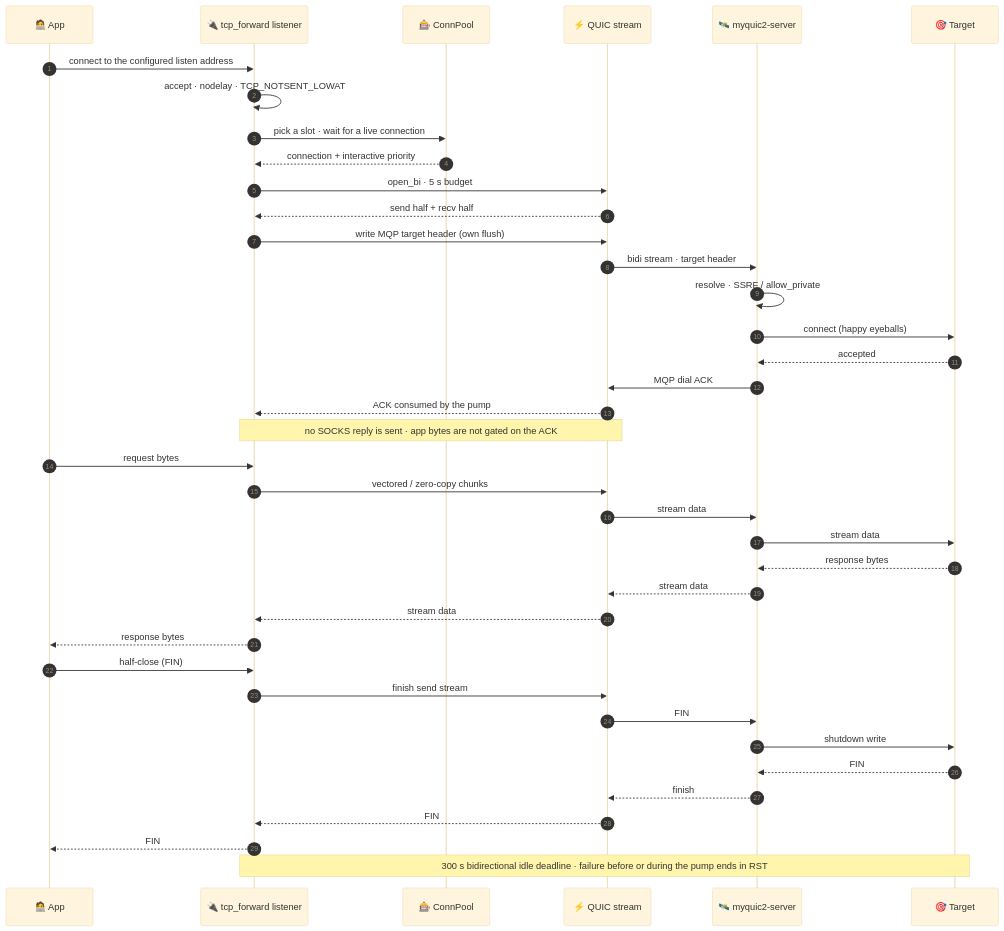
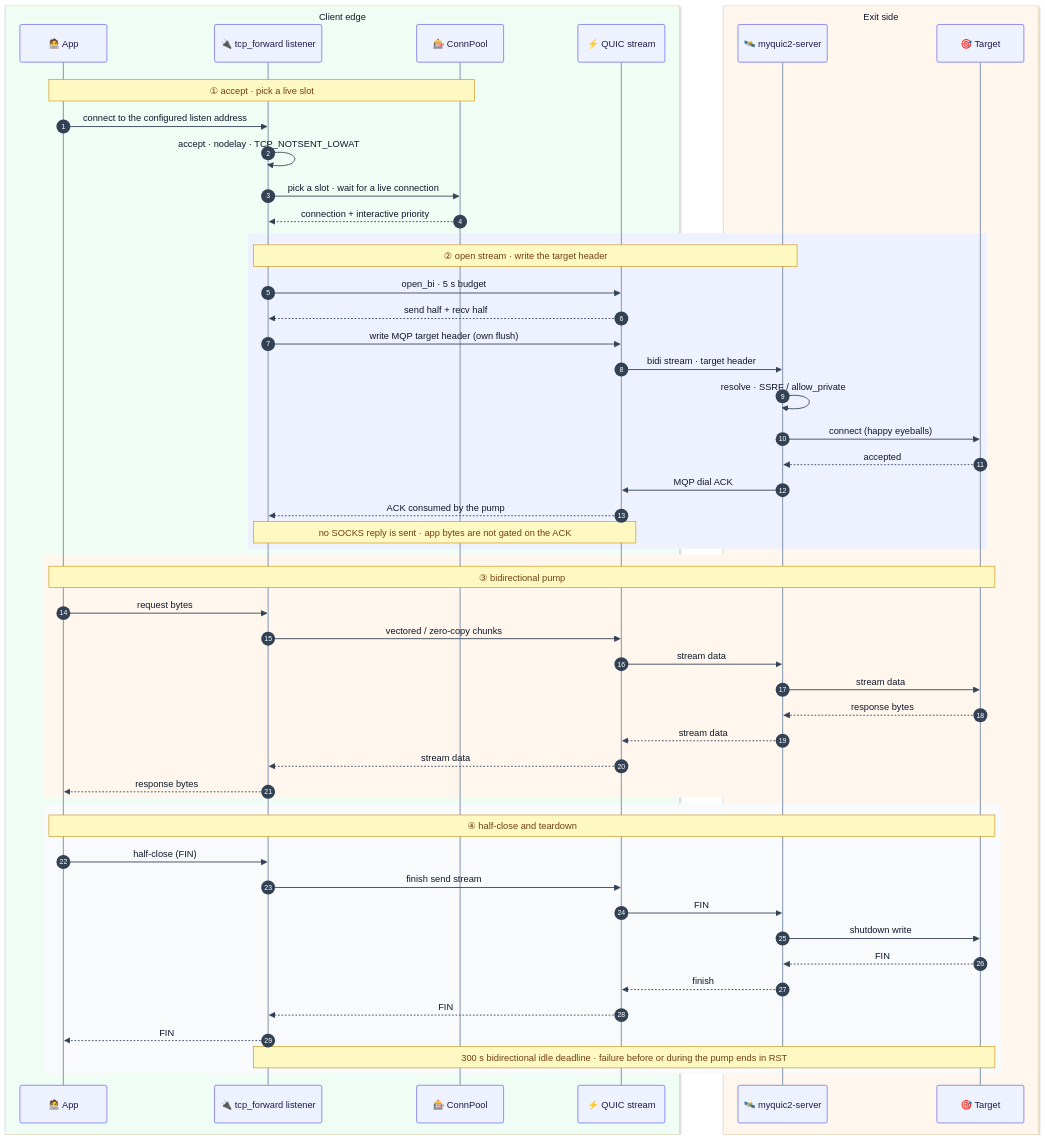
The third of 31 diagrams in README.md (Terutoki/MyQUIC2), drawn with Mermaid before and after one commit. The commit also changed other lines of this file and 14 other files, not shown here.

First line of the commit message:
docs(readme): remove static art and redraw Mermaid atlas

````diff
--- a/README.md
+++ b/README.md
@@ -658,42 +630,60 @@
 ```mermaid
-%%{init: {"theme":"base","themeVariables":{"fontSize":"14px","lineColor":"#64748b"}}}%%
+%%{init: {"theme":"base","themeVariables":{"fontSize":"14px","lineColor":"#94a3b8","textColor":"#0f172a","actorBkg":"#eef2ff","actorBorder":"#4f46e5","actorTextColor":"#1e1b4b","actorLineColor":"#94a3b8","signalColor":"#334155","signalTextColor":"#0f172a","labelBoxBkgColor":"#e0e7ff","labelBoxBorderColor":"#6366f1","labelTextColor":"#1e1b4b","loopTextColor":"#1e1b4b","noteBkgColor":"#fef9c3","noteBorderColor":"#ca8a04","noteTextColor":"#713f12","activationBkgColor":"#c7d2fe","activationBorderColor":"#4f46e5","sequenceNumberBackgroundColor":"#4f46e5","sequenceNumberColor":"#ffffff"}}}%%
 sequenceDiagram
+    accTitle: TCP forwarding path
+    accDescr: One accepted TCP connection maps to one QUIC stream; the target header is written once and the pump carries bytes in both directions.
     autonumber
-    participant APP as 🧑‍💻 App
-    participant LIS as 🔌 tcp_forward listener
-    participant POOL as 🎰 ConnPool
-    participant Q as ⚡ QUIC stream
-    participant SRV as 🛰️ myquic2-server
-    participant DST as 🎯 Target
-    APP->>LIS: connect to the configured listen address
-    LIS->>LIS: accept · nodelay · TCP_NOTSENT_LOWAT
-    LIS->>POOL: pick a slot · wait for a live connection
-    POOL-->>LIS: connection + interactive priority
-    LIS->>Q: open_bi · 5 s budget
-    Q-->>LIS: send half + recv half
-    LIS->>Q: write MQP target header (own flush)
-    Q->>SRV: bidi stream · target header
-    SRV->>SRV: resolve · SSRF / allow_private
-    SRV->>DST: connect (happy eyeballs)
-    DST-->>SRV: accepted
-    SRV->>Q: MQP dial ACK
-    Q-->>LIS: ACK consumed by the pump
-    Note over LIS,Q: no SOCKS reply is sent · app bytes are not gated on the ACK
-    APP->>LIS: request bytes
-    LIS->>Q: vectored / zero-copy chunks
-    Q->>SRV: stream data
-    SRV->>DST: stream data
-    DST-->>SRV: response bytes
-    SRV-->>Q: stream data
-    Q-->>LIS: stream data
-    LIS-->>APP: response bytes
-    APP->>LIS: half-close (FIN)
-    LIS->>Q: finish send stream
-    Q->>SRV: FIN
-    SRV->>DST: shutdown write
-    DST-->>SRV: FIN
-    SRV-->>Q: finish
-    Q-->>LIS: FIN
-    LIS-->>APP: FIN
-    Note over LIS,DST: 300 s bidirectional idle deadline · failure before or during the pump ends in RST
+    box rgb(240, 253, 244) Client edge
+        participant APP as 🧑‍💻 App
+        participant LIS as 🔌 tcp_forward listener
+        participant POOL as 🎰 ConnPool
+        participant Q as ⚡ QUIC stream
+    end
+    box rgb(255, 247, 237) Exit side
+        participant SRV as 🛰️ myquic2-server
+        participant DST as 🎯 Target
+    end
+    rect rgb(240, 253, 244)
+        Note over APP,POOL: ① accept · pick a live slot
+        APP->>LIS: connect to the configured listen address
+        LIS->>LIS: accept · nodelay · TCP_NOTSENT_LOWAT
+        LIS->>POOL: pick a slot · wait for a live connection
+        POOL-->>LIS: connection + interactive priority
+    end
+    rect rgb(238, 242, 255)
+        Note over LIS,SRV: ② open stream · write the target header
+        LIS->>Q: open_bi · 5 s budget
+        Q-->>LIS: send half + recv half
+        LIS->>Q: write MQP target header (own flush)
+        Q->>SRV: bidi stream · target header
+        SRV->>SRV: resolve · SSRF / allow_private
+        SRV->>DST: connect (happy eyeballs)
+        DST-->>SRV: accepted
+        SRV->>Q: MQP dial ACK
+        Q-->>LIS: ACK consumed by the pump
+        Note over LIS,Q: no SOCKS reply is sent · app bytes are not gated on the ACK
+    end
+    rect rgb(255, 247, 237)
+        Note over APP,DST: ③ bidirectional pump
+        APP->>LIS: request bytes
+        LIS->>Q: vectored / zero-copy chunks
+        Q->>SRV: stream data
+        SRV->>DST: stream data
+        DST-->>SRV: response bytes
+        SRV-->>Q: stream data
+        Q-->>LIS: stream data
+        LIS-->>APP: response bytes
+    end
+    rect rgb(248, 250, 252)
+        Note over APP,DST: ④ half-close and teardown
+        APP->>LIS: half-close (FIN)
+        LIS->>Q: finish send stream
+        Q->>SRV: FIN
+        SRV->>DST: shutdown write
+        DST-->>SRV: FIN
+        SRV-->>Q: finish
+        Q-->>LIS: FIN
+        LIS-->>APP: FIN
+        Note over LIS,DST: 300 s bidirectional idle deadline · failure before or during the pump ends in RST
+    end
 ```
````
